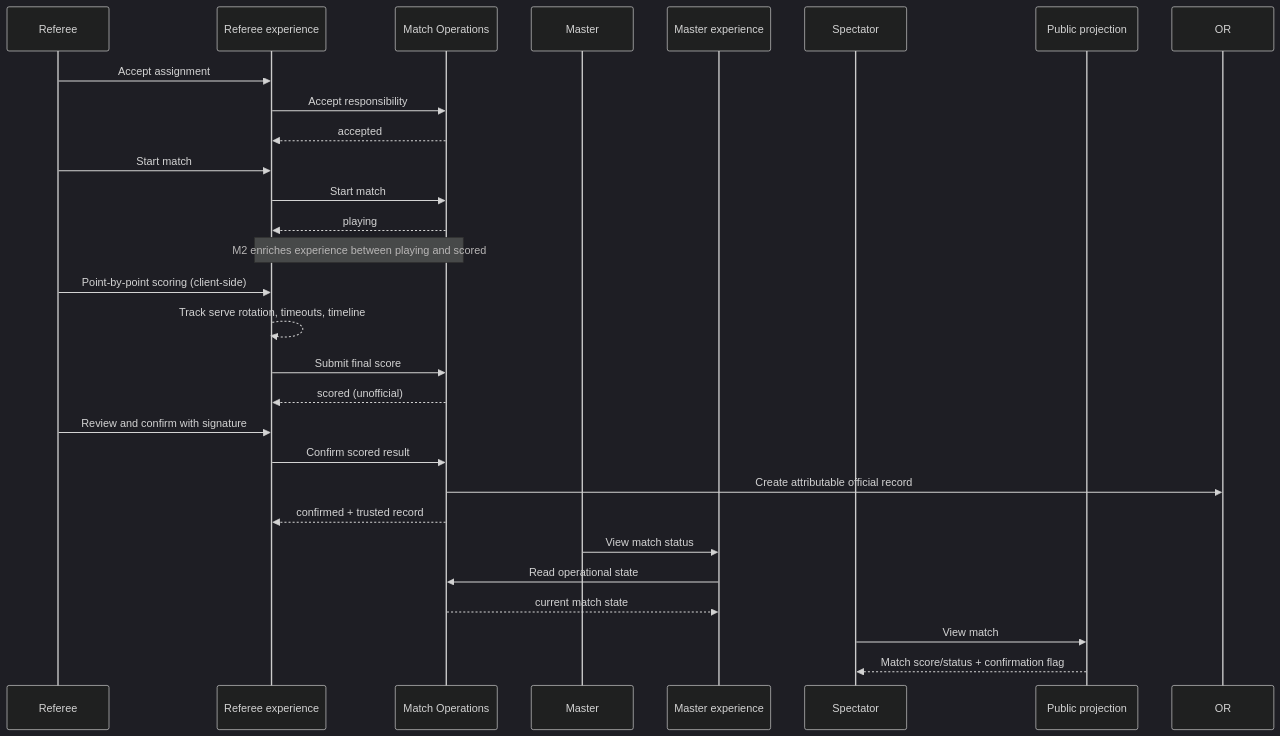
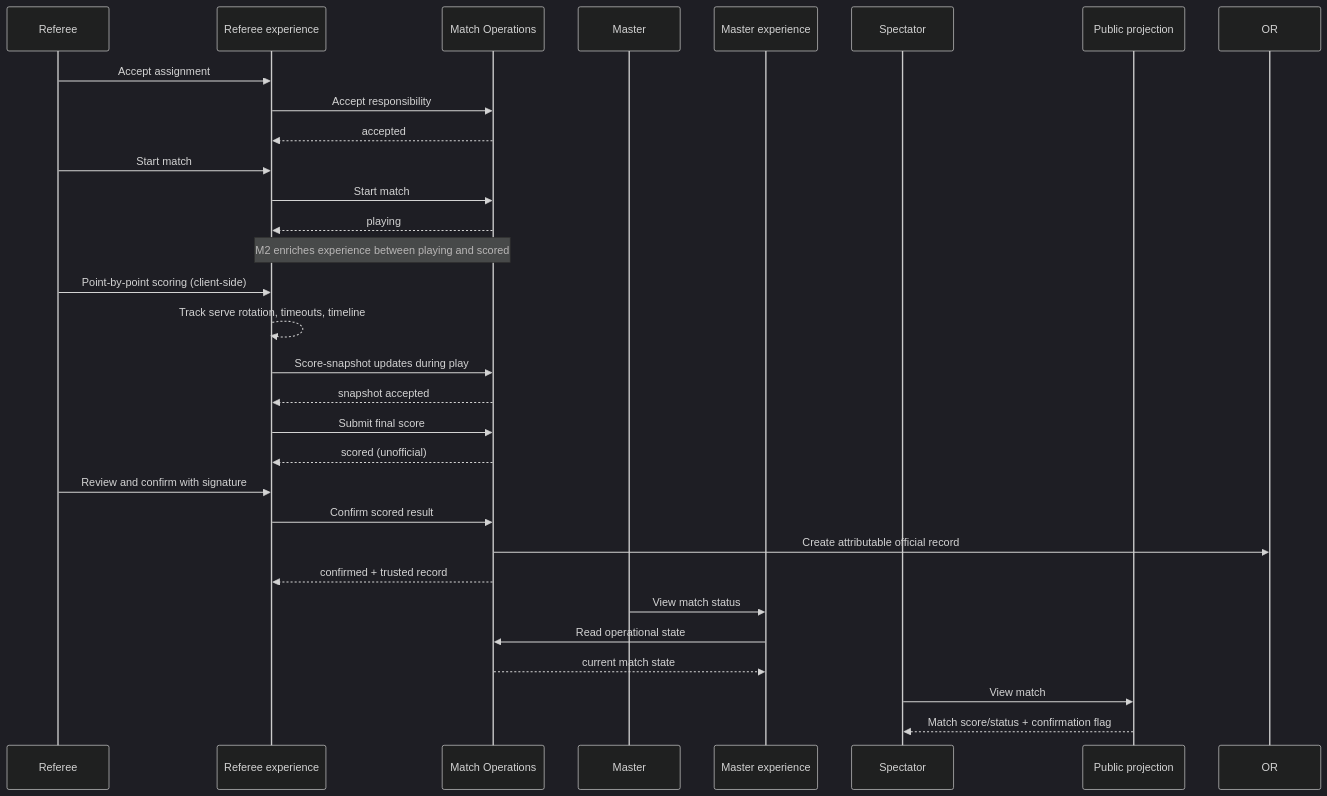
One commit to nus642/TOP changed the second of 2 diagrams in Docs/02_Product/M2-Referee-Match-Operation-Experience-Boundary.md. Above: the diagram before and after it, drawn with Mermaid (dark theme). The commit also changed other lines of this file, not shown here.

````diff
--- a/Docs/02_Product/M2-Referee-Match-Operation-Experience-Boundary.md
+++ b/Docs/02_Product/M2-Referee-Match-Operation-Experience-Boundary.md
@@ -117,31 +143,33 @@
 ```mermaid
 sequenceDiagram
   participant R as Referee
   participant RE as Referee experience
   participant MO as Match Operations
   participant M as Master
   participant ME as Master experience
   participant S as Spectator
   participant PUB as Public projection
 
   R->>RE: Accept assignment
   RE->>MO: Accept responsibility
   MO-->>RE: accepted
   R->>RE: Start match
   RE->>MO: Start match
   MO-->>RE: playing
   Note over RE,MO: M2 enriches experience between playing and scored
   R->>RE: Point-by-point scoring (client-side)
   RE-->>RE: Track serve rotation, timeouts, timeline
+  RE->>MO: Score-snapshot updates during play
+  MO-->>RE: snapshot accepted
   RE->>MO: Submit final score
   MO-->>RE: scored (unofficial)
   R->>RE: Review and confirm with signature
   RE->>MO: Confirm scored result
   MO->>OR: Create attributable official record
   MO-->>RE: confirmed + trusted record
   M->>ME: View match status
   ME->>MO: Read operational state
   MO-->>ME: current match state
   S->>PUB: View match
   PUB-->>S: Match score/status + confirmation flag
 ```
````
